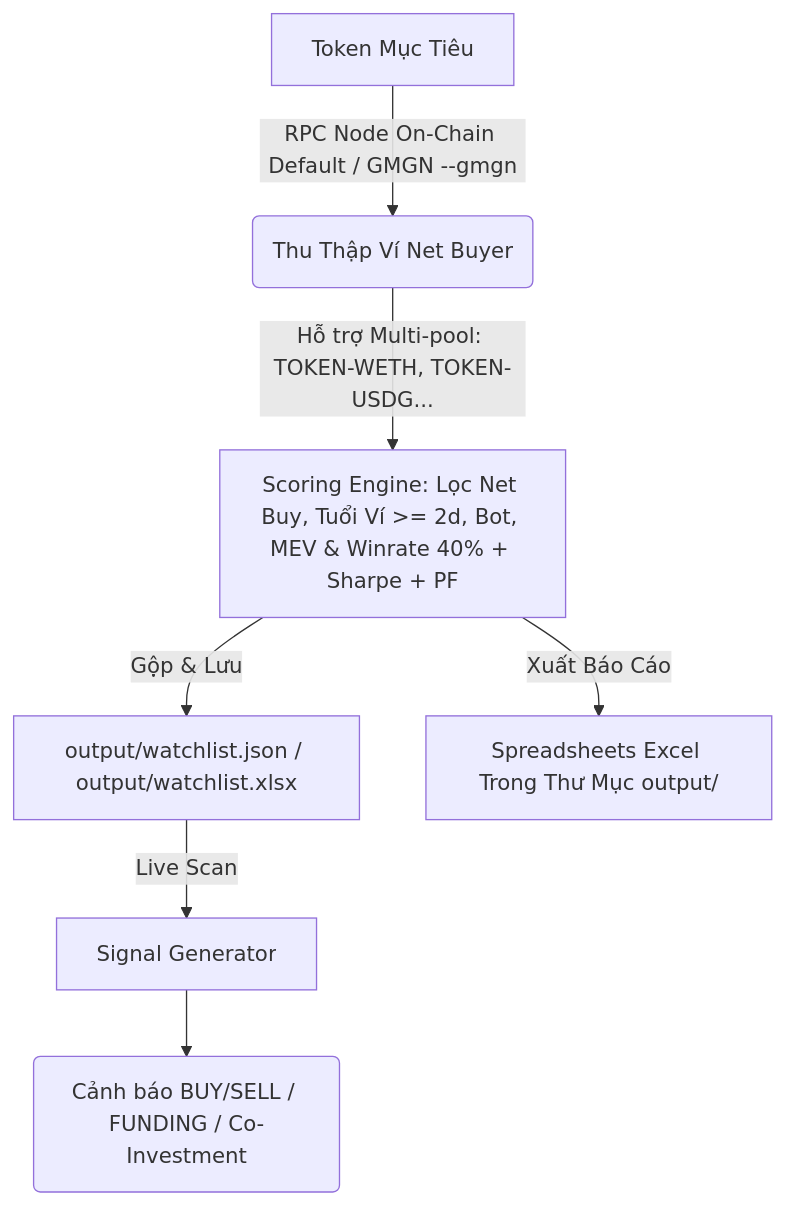
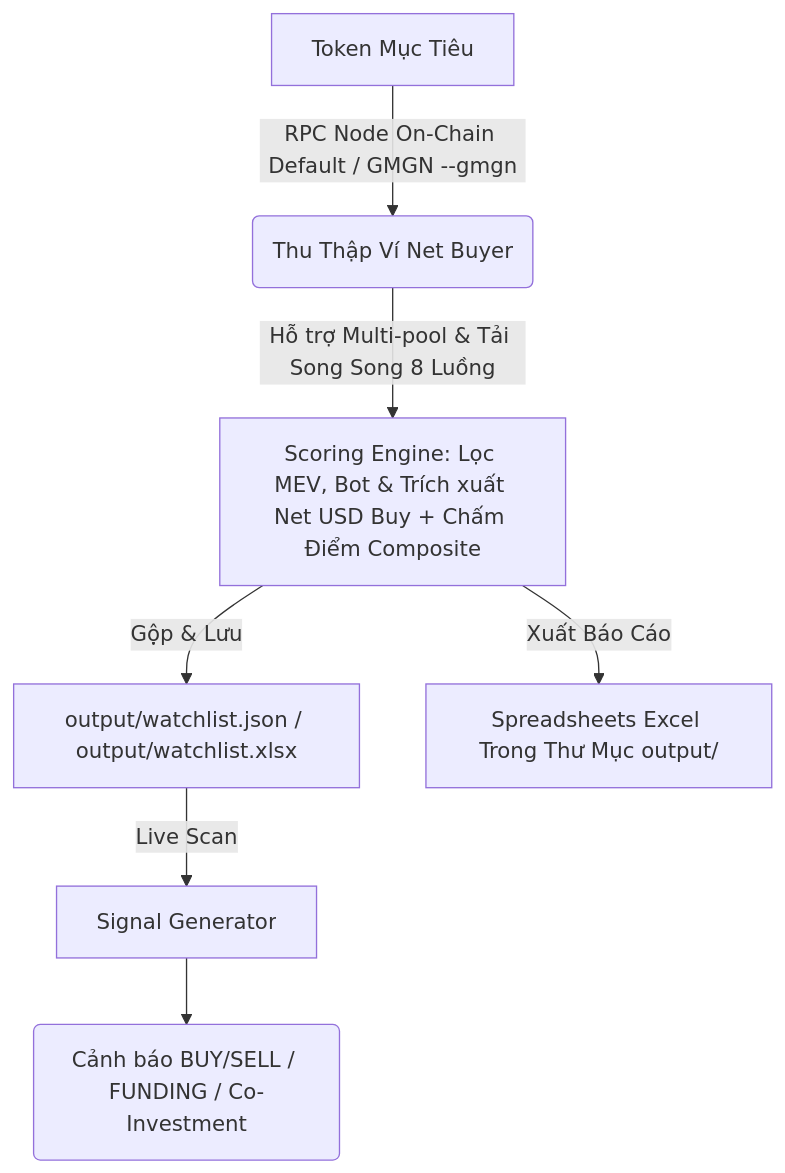
One commit to hieumile/rh-wallet-tracker-bot changed the diagram in README.md. Above: the diagram before and after it, drawn with Mermaid. The commit also changed other lines of this file and 6 other files, not shown here.

````diff
--- a/README.md
+++ b/README.md
@@ -21,9 +23,9 @@
 ```mermaid
 graph TD
     A[Token Mục Tiêu] -->|RPC Node On-Chain Default / GMGN --gmgn| B(Thu Thập Ví Net Buyer)
-    B -->|Hỗ trợ Multi-pool: TOKEN-WETH, TOKEN-USDG...| C[Scoring Engine: Lọc Net Buy, Tuổi Ví >= 2d, Bot, MEV & Winrate 40% + Sharpe + PF]
+    B -->|Hỗ trợ Multi-pool & Tải Song Song 8 Luồng| C[Scoring Engine: Lọc MEV, Bot & Trích xuất Net USD Buy + Chấm Điểm Composite]
     C -->|Gộp & Lưu| D[output/watchlist.json / output/watchlist.xlsx]
     C -->|Xuất Báo Cáo| E[Spreadsheets Excel Trong Thư Mục output/]
     D -->|Live Scan| F[Signal Generator]
     F --> G(Cảnh báo BUY/SELL / FUNDING / Co-Investment)
 ```
````
